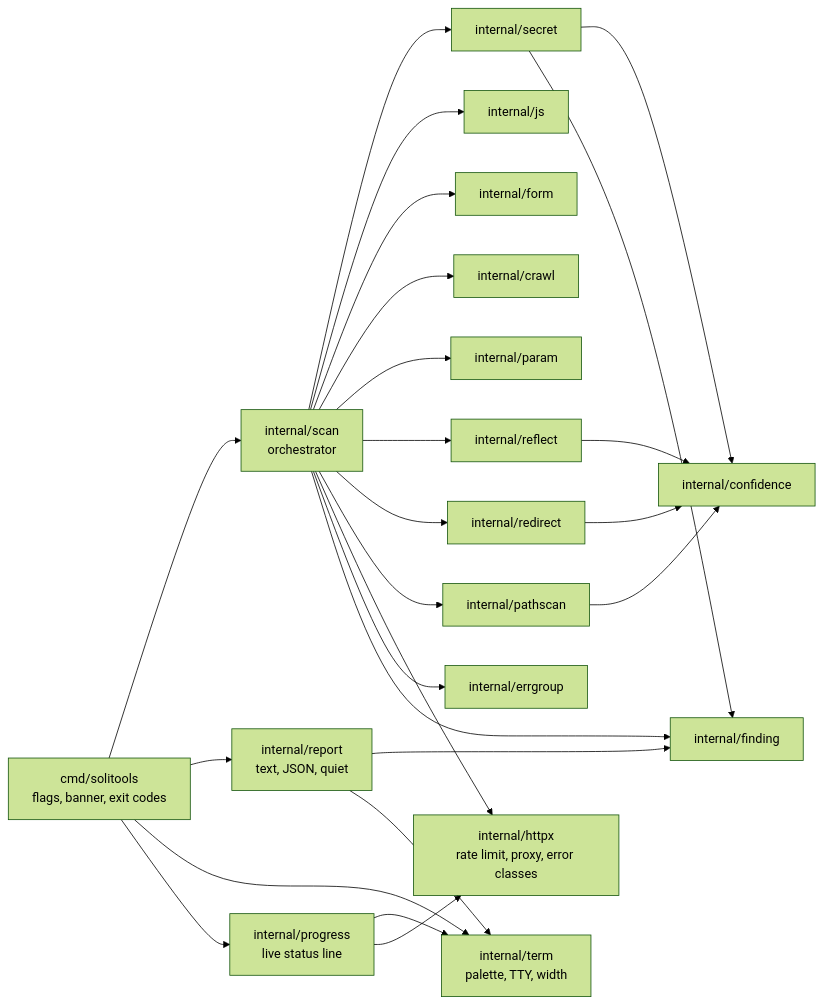
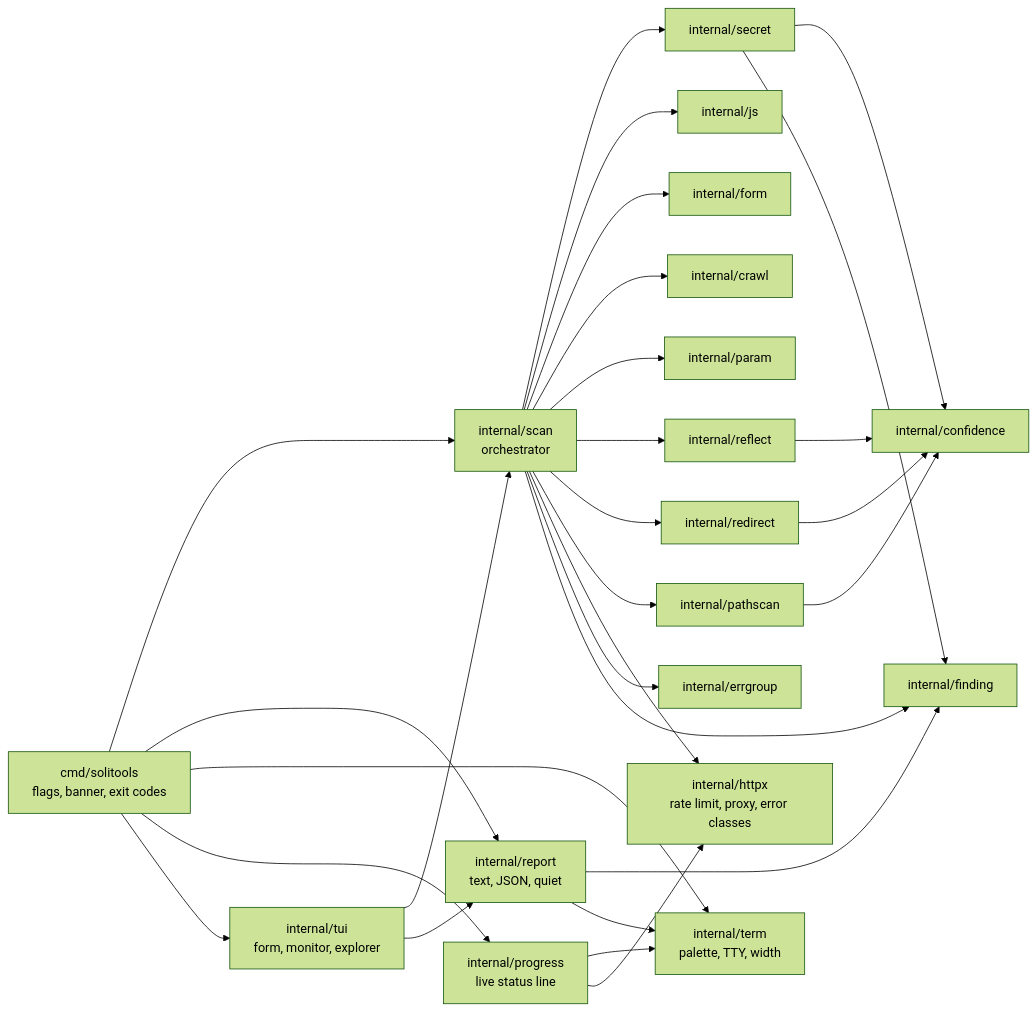
Before and after one commit to soliofski/SoliTools: the first of 7 diagrams in HANDOVER.md, drawn with Mermaid (forest theme). The commit also changed other lines of this file and 23 other files, not shown here.

````diff
--- a/HANDOVER.md
+++ b/HANDOVER.md
@@ -196,47 +201,51 @@
 ```mermaid
 flowchart LR
     CLI["cmd/solitools<br/>flags, banner, exit codes"]
     SCAN["internal/scan<br/>orchestrator"]
     REPORT["internal/report<br/>text, JSON, quiet"]
     TERM["internal/term<br/>palette, TTY, width"]
     PROG["internal/progress<br/>live status line"]
+    TUI["internal/tui<br/>form, monitor, explorer"]
 
     SECRET["internal/secret"]
     JS["internal/js"]
     FORM["internal/form"]
     CRAWL["internal/crawl"]
     PARAM["internal/param"]
     REFLECT["internal/reflect"]
     REDIRECT["internal/redirect"]
     PATH["internal/pathscan"]
 
     HTTP["internal/httpx<br/>rate limit, proxy, error classes"]
     EG["internal/errgroup"]
     CONF["internal/confidence"]
     FIND["internal/finding"]
 
     CLI --> SCAN
     CLI --> REPORT
     CLI --> TERM
     CLI --> PROG
+    CLI --> TUI
+    TUI --> SCAN
+    TUI --> REPORT
     SCAN --> SECRET
     SCAN --> JS
     SCAN --> FORM
     SCAN --> CRAWL
     SCAN --> PARAM
     SCAN --> REFLECT
     SCAN --> REDIRECT
     SCAN --> PATH
     SCAN --> HTTP
     SCAN --> EG
     SCAN --> FIND
     SECRET --> CONF
     SECRET --> FIND
     REFLECT --> CONF
     REDIRECT --> CONF
     PATH --> CONF
     REPORT --> FIND
     REPORT --> TERM
     PROG --> TERM
     PROG --> HTTP
 ```
````
